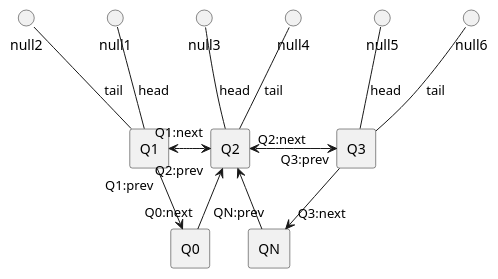
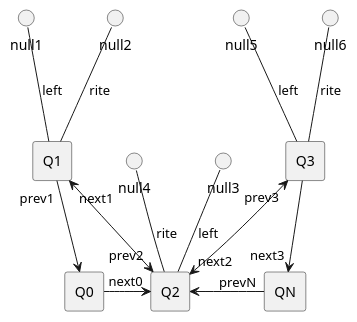
The diagram in src/docs/UML/convertToLocalTree/02.puml (vitalispopoff/calculator), drawn with PlantUML before and after one commit. The commit also changed 20 other files, not shown here.

```diff
--- a/src/docs/UML/convertToLocalTree/02.puml
+++ b/src/docs/UML/convertToLocalTree/02.puml
@@ -1,31 +1,33 @@
 @startuml
 
 rectangle Q0
 
 rectangle Q1
 rectangle Q2
 rectangle Q3
 
 rectangle QN
 
-Q0 <-up- "Q1:prev" Q1
+Q0 <-up- "prev1" Q1
 
-Q1  -up-() null2:tail
-Q1  -up-() null1:head
+Q1   -up-() null1:"left"
+Q1   -up-() null2:"rite"
 
-Q0 "Q0:next" -up-> Q2
-Q1 "Q1:next" <--right--> "Q2:prev" Q2
+Q0 "next0" -right-> Q2
 
-Q2  -up-() null3:head
-Q2  -up-() null4:tail
+Q1 "next1" <-down-> "prev2" Q2
 
-Q2 "Q2:next" <-right-> "Q3:prev" Q3
+Q2   -up-() null3:"left"
+Q2   -up-() null4:"rite"
 
-Q2 <-down- "QN:prev" QN
-Q3  -up-() null6:tail
-Q3  -up-() null5:head
+Q2 "next2" <-up-> "prev3" Q3
 
-Q3  -down-> "Q3:next" QN
+Q2 <-right- "prevN" QN
+
+Q3   -up-() null6:"rite"
+Q3   -up-() null5:"left"
+
+Q3  -down-> "next3" QN
 
 
 @enduml
```
